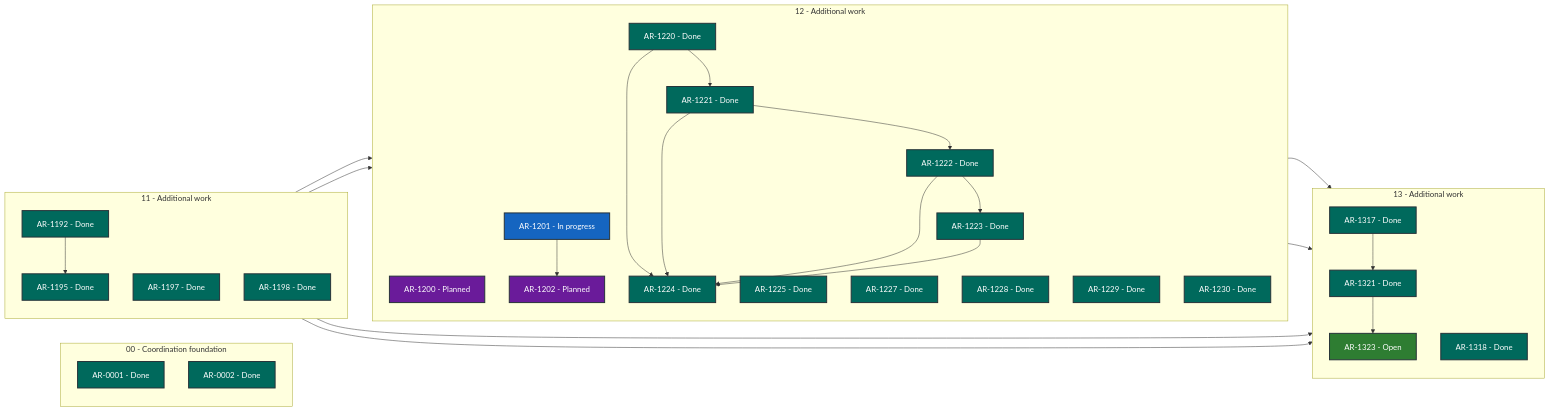
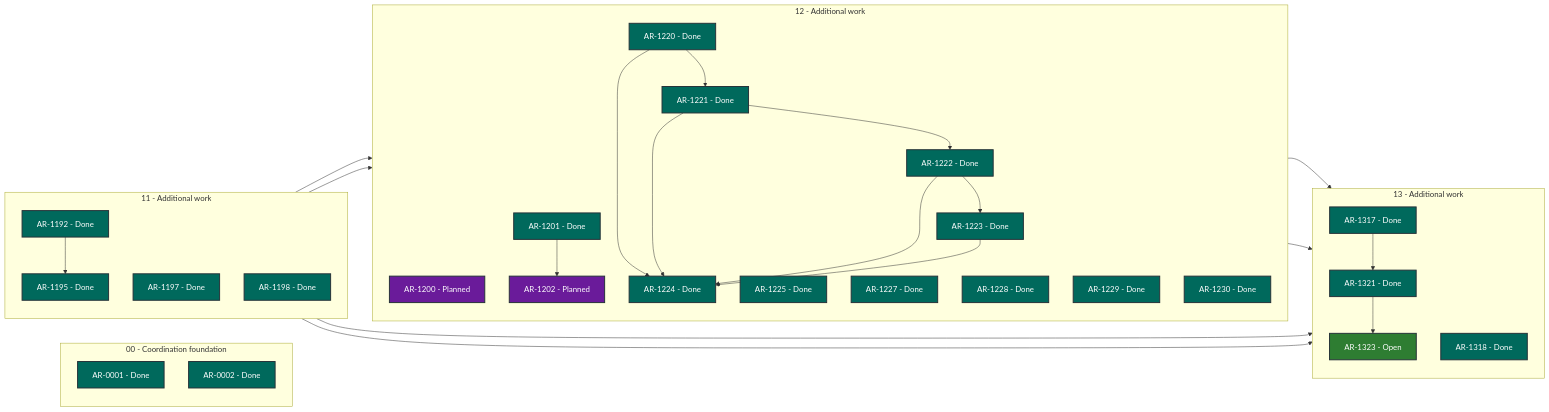
The diagram in STATUS.md (martin-beck/asb-tui-state), drawn with Mermaid before and after one commit. The commit also changed other lines of this file and 2 other files, not shown here.

````diff
--- a/STATUS.md
+++ b/STATUS.md
@@ -27,63 +27,63 @@
 ```mermaid
 flowchart LR
     subgraph series_00["00 - Coordination foundation"]
         direction TB
         AR_0001["AR-0001 - Done"]:::status_done
         AR_0002["AR-0002 - Done"]:::status_done
     end
     subgraph series_11["11 - Additional work"]
         direction TB
         AR_1192["AR-1192 - Done"]:::status_done
         AR_1195["AR-1195 - Done"]:::status_done
         AR_1197["AR-1197 - Done"]:::status_done
         AR_1198["AR-1198 - Done"]:::status_done
     end
     subgraph series_12["12 - Additional work"]
         direction TB
         AR_1200["AR-1200 - Planned"]:::status_planned
-        AR_1201["AR-1201 - In progress"]:::status_in_progress
+        AR_1201["AR-1201 - Done"]:::status_done
         AR_1202["AR-1202 - Planned"]:::status_planned
         AR_1220["AR-1220 - Done"]:::status_done
         AR_1221["AR-1221 - Done"]:::status_done
         AR_1222["AR-1222 - Done"]:::status_done
         AR_1223["AR-1223 - Done"]:::status_done
         AR_1224["AR-1224 - Done"]:::status_done
         AR_1225["AR-1225 - Done"]:::status_done
         AR_1227["AR-1227 - Done"]:::status_done
         AR_1228["AR-1228 - Done"]:::status_done
         AR_1229["AR-1229 - Done"]:::status_done
         AR_1230["AR-1230 - Done"]:::status_done
     end
     subgraph series_13["13 - Additional work"]
         direction TB
         AR_1317["AR-1317 - Done"]:::status_done
         AR_1318["AR-1318 - Done"]:::status_done
         AR_1321["AR-1321 - Done"]:::status_done
         AR_1323["AR-1323 - Open"]:::status_open
     end
     AR_1192 --> AR_1195
     AR_1192 --> AR_1317
     AR_1195 --> AR_1200
     AR_1197 --> AR_1201
     AR_1197 --> AR_1317
     AR_1201 --> AR_1202
     AR_1220 --> AR_1221
     AR_1220 --> AR_1224
     AR_1221 --> AR_1222
     AR_1221 --> AR_1224
     AR_1222 --> AR_1223
     AR_1222 --> AR_1224
     AR_1223 --> AR_1224
     AR_1228 --> AR_1317
     AR_1229 --> AR_1317
     AR_1317 --> AR_1321
     AR_1321 --> AR_1323
     classDef status_in_progress fill:#1565c0,color:#ffffff,stroke:#263238,stroke-width:2px
     classDef status_open fill:#2e7d32,color:#ffffff,stroke:#263238,stroke-width:2px
     classDef status_blocked fill:#c62828,color:#ffffff,stroke:#263238,stroke-width:2px
     classDef status_planned fill:#6a1b9a,color:#ffffff,stroke:#263238,stroke-width:2px
     classDef status_future fill:#455a64,color:#ffffff,stroke:#263238,stroke-width:2px
     classDef status_done fill:#00695c,color:#ffffff,stroke:#263238,stroke-width:2px
     classDef status_cancelled fill:#616161,color:#ffffff,stroke:#263238,stroke-width:2px
     classDef status_superseded fill:#5d4037,color:#ffffff,stroke:#263238,stroke-width:2px
 ```
````
